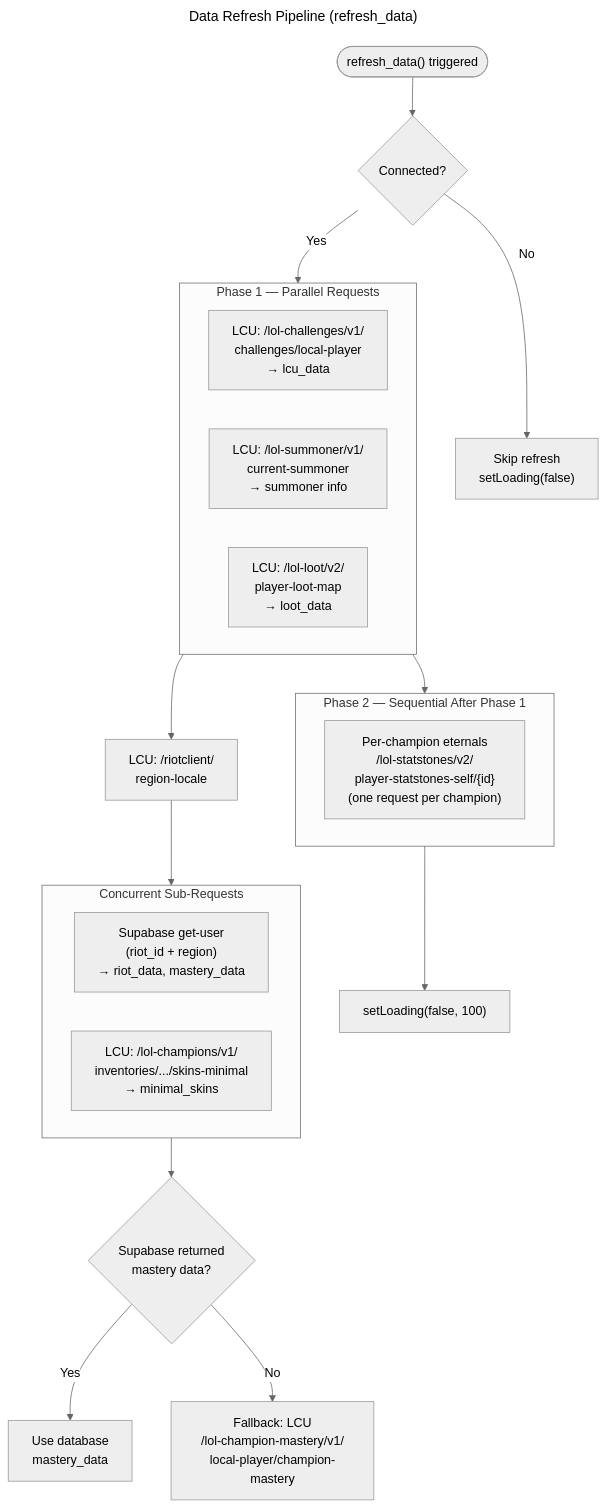
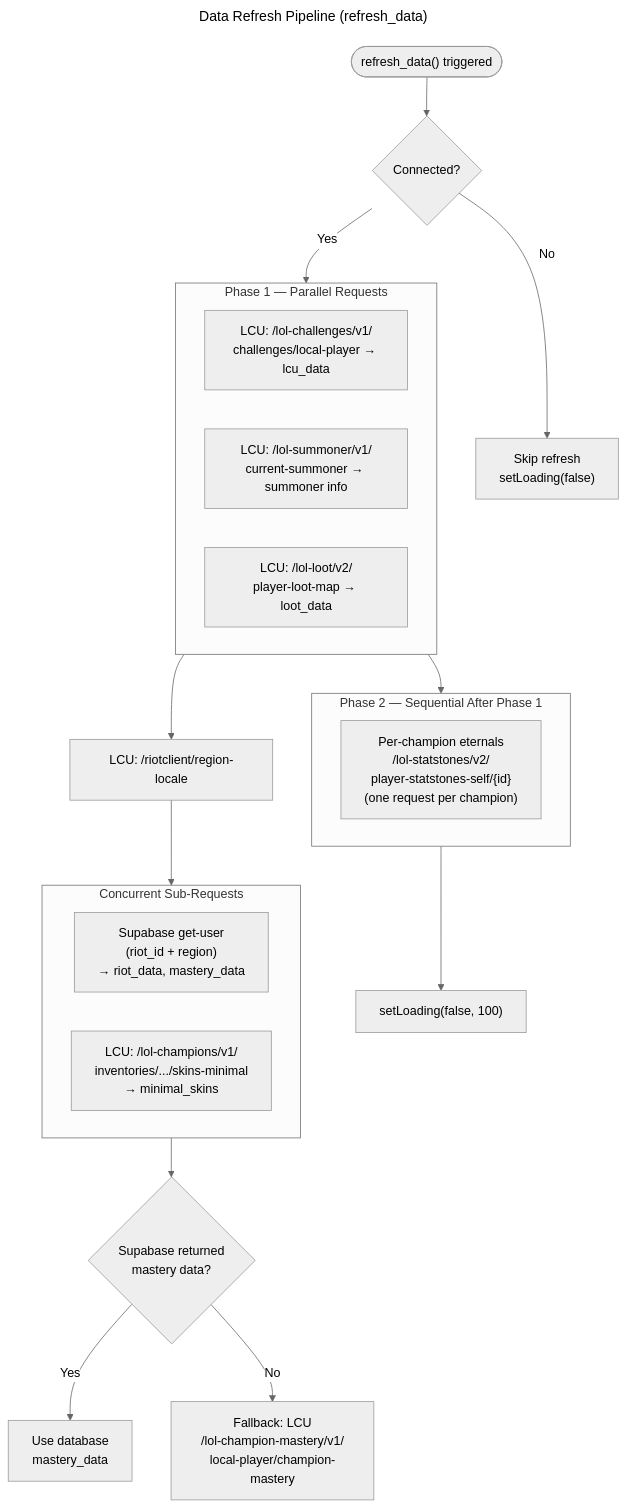
The second of 3 diagrams in README.md (sivir/crystal), drawn with Mermaid (neutral theme) before and after one commit. The commit also changed other lines of this file and 2 other files, not shown here.

````diff
--- a/README.md
+++ b/README.md
@@ -77,37 +77,37 @@
 ```mermaid
 ---
 title: Data Refresh Pipeline (refresh_data)
 ---
 flowchart TD
     START(["refresh_data() triggered"]) --> CHECK{Connected?}
     CHECK -->|No| SKIP["Skip refresh\nsetLoading(false)"]
     CHECK -->|Yes| PARALLEL
 
     subgraph PARALLEL["Phase 1 — Parallel Requests"]
         direction LR
-        P1["LCU: /lol-challenges/v1/\nchallenges/local-player\n→ lcu_data"]
-        P2["LCU: /lol-summoner/v1/\ncurrent-summoner\n→ summoner info"]
-        P3["LCU: /lol-loot/v2/\nplayer-loot-map\n→ loot_data"]
+        P1["LCU: /lol-challenges/v1/\nchallenges/local-player → lcu_data"]
+        P2["LCU: /lol-summoner/v1/\ncurrent-summoner → summoner info"]
+        P3["LCU: /lol-loot/v2/\nplayer-loot-map → loot_data"]
     end
 
-    P2 --> REGION["LCU: /riotclient/\nregion-locale"]
+    P2 --> REGION["LCU: /riotclient/region-locale"]
     REGION --> SUPA_AND_SKINS
 
     subgraph SUPA_AND_SKINS["Concurrent Sub-Requests"]
         direction LR
         SUPA["Supabase get-user\n(riot_id + region)\n→ riot_data, mastery_data"]
         SKINS["LCU: /lol-champions/v1/\ninventories/.../skins-minimal\n→ minimal_skins"]
     end
 
     SUPA --> MASTERY_CHECK{"Supabase returned\nmastery data?"}
     MASTERY_CHECK -->|Yes| USE_DB["Use database\nmastery_data"]
     MASTERY_CHECK -->|No| LCU_MASTERY["Fallback: LCU\n/lol-champion-mastery/v1/\nlocal-player/champion-mastery"]
 
     PARALLEL --> PHASE2
 
     subgraph PHASE2["Phase 2 — Sequential After Phase 1"]
         ETERNALS["Per-champion eternals\n/lol-statstones/v2/\nplayer-statstones-self/{id}\n(one request per champion)"]
     end
 
     PHASE2 --> DONE["setLoading(false, 100)"]
 ```
````
